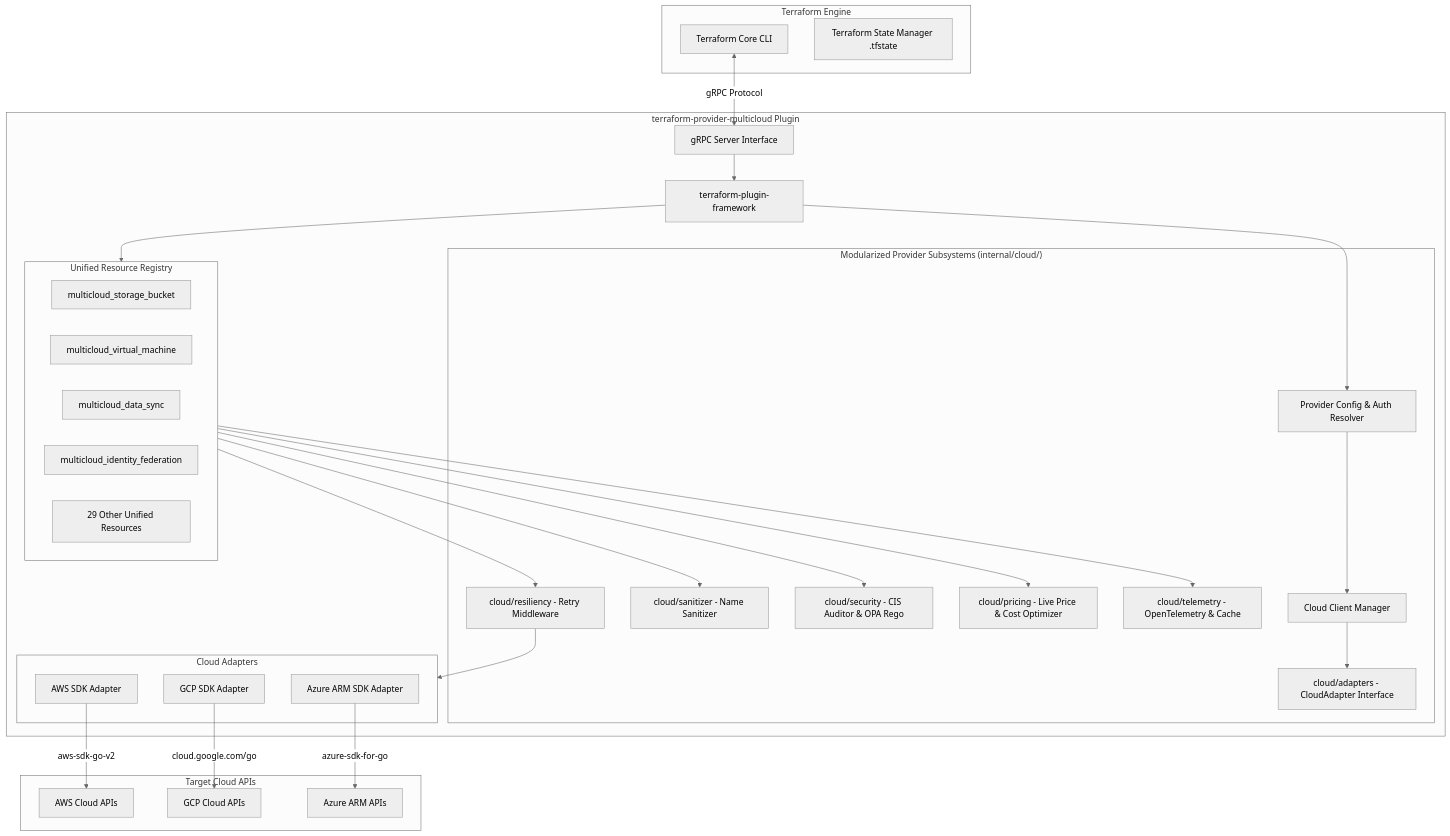
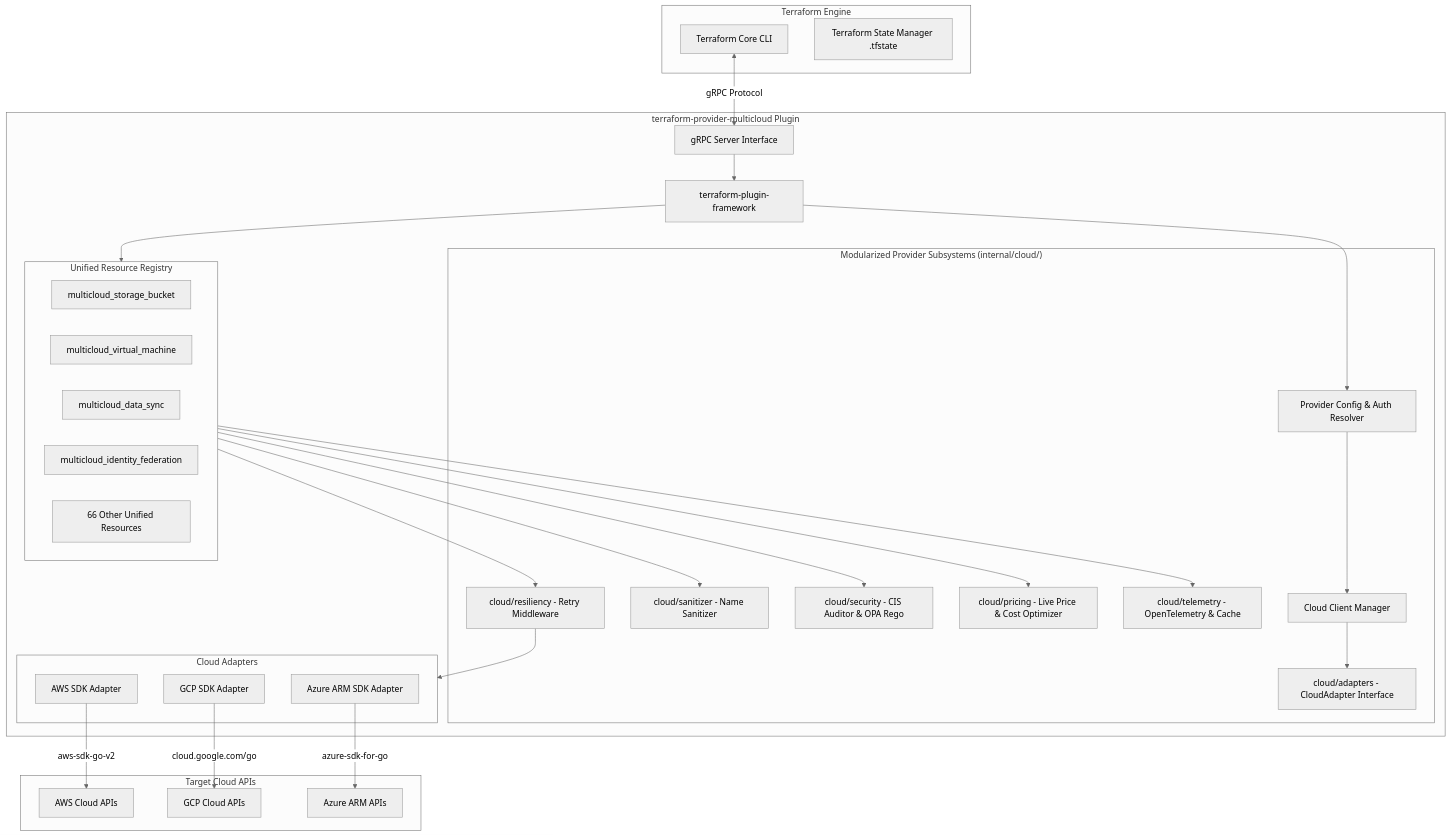
Before and after one commit to abmarcum/terraform-provider-multicloud: the diagram in README.md, drawn with Mermaid (neutral theme). The commit also changed other lines of this file, not shown here.

Commit message:
docs(readme): update resource matrix and architecture overview for 70 unified resources and 2 data sources

````diff
--- a/README.md
+++ b/README.md
@@ -111,62 +114,62 @@
 ```mermaid
 graph TD
     subgraph Terraform_Engine ["Terraform Engine"]
         TF_CLI["Terraform Core CLI"]
         TF_State["Terraform State Manager .tfstate"]
     end
 
     subgraph Provider_Plugin ["terraform-provider-multicloud Plugin"]
         gRPC["gRPC Server Interface"]
         PF_Core["terraform-plugin-framework"]
 
         subgraph Core_Services ["Modularized Provider Subsystems (internal/cloud/)"]
             Config["Provider Config & Auth Resolver"]
             CM["Cloud Client Manager"]
             Adapters["cloud/adapters - CloudAdapter Interface"]
             Sanitizer["cloud/sanitizer - Name Sanitizer"]
             Security["cloud/security - CIS Auditor & OPA Rego"]
             Pricing["cloud/pricing - Live Price & Cost Optimizer"]
             Telem["cloud/telemetry - OpenTelemetry & Cache"]
             Resiliency["cloud/resiliency - Retry Middleware"]
         end
 
         subgraph Resource_Layer ["Unified Resource Registry"]
             R_Bucket["multicloud_storage_bucket"]
             R_VM["multicloud_virtual_machine"]
             R_DataSync["multicloud_data_sync"]
             R_Identity["multicloud_identity_federation"]
-            R_Other["29 Other Unified Resources"]
+            R_Other["66 Other Unified Resources"]
         end
 
         subgraph Cloud_Adapters ["Cloud Adapters"]
             AWS_Adapter["AWS SDK Adapter"]
             GCP_Adapter["GCP SDK Adapter"]
             Azure_Adapter["Azure ARM SDK Adapter"]
         end
     end
 
     subgraph Upstream_Clouds ["Target Cloud APIs"]
         AWS_API["AWS Cloud APIs"]
         GCP_API["GCP Cloud APIs"]
         Azure_API["Azure ARM APIs"]
     end
 
     TF_CLI <-->|gRPC Protocol| gRPC
     gRPC --> PF_Core
     PF_Core --> Config
     Config --> CM
     CM --> Adapters
 
     PF_Core --> Resource_Layer
     Resource_Layer --> Sanitizer
     Resource_Layer --> Security
     Resource_Layer --> Pricing
     Resource_Layer --> Telem
     Resource_Layer --> Resiliency
 
     Resiliency --> Cloud_Adapters
 
     AWS_Adapter -->|aws-sdk-go-v2| AWS_API
     GCP_Adapter -->|cloud.google.com/go| GCP_API
     Azure_Adapter -->|azure-sdk-for-go| Azure_API
 ```
````
